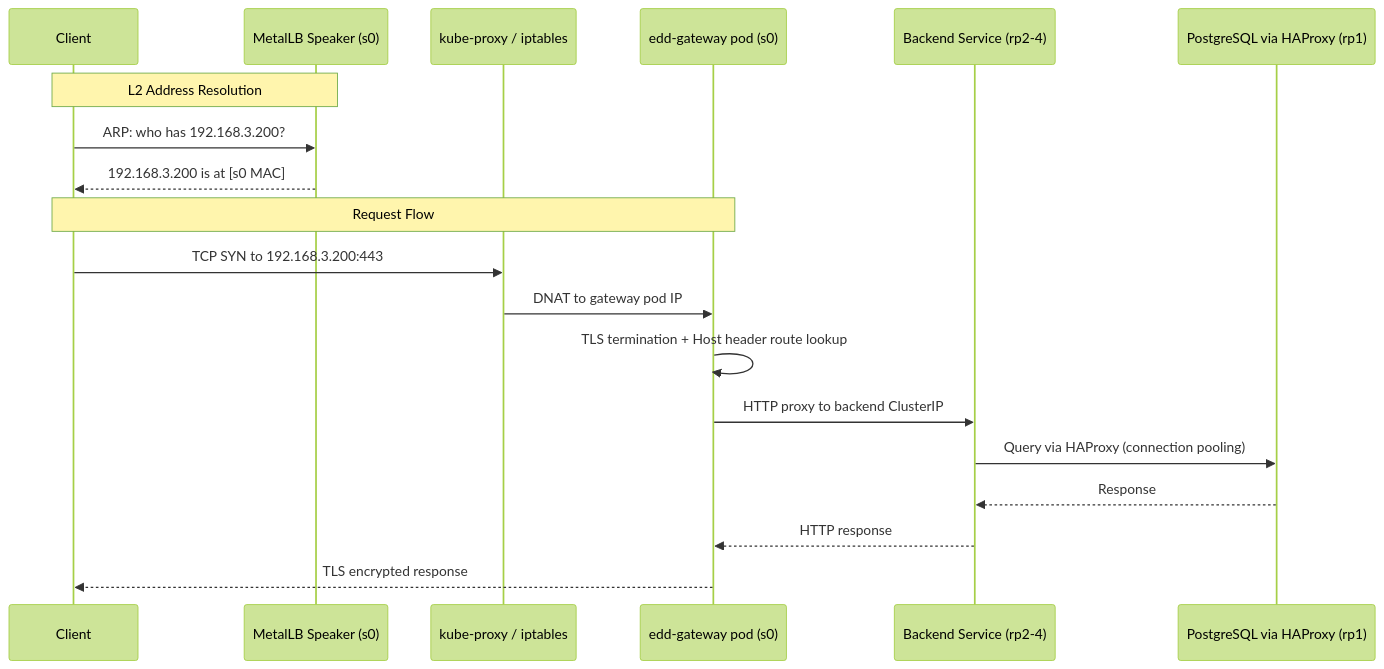
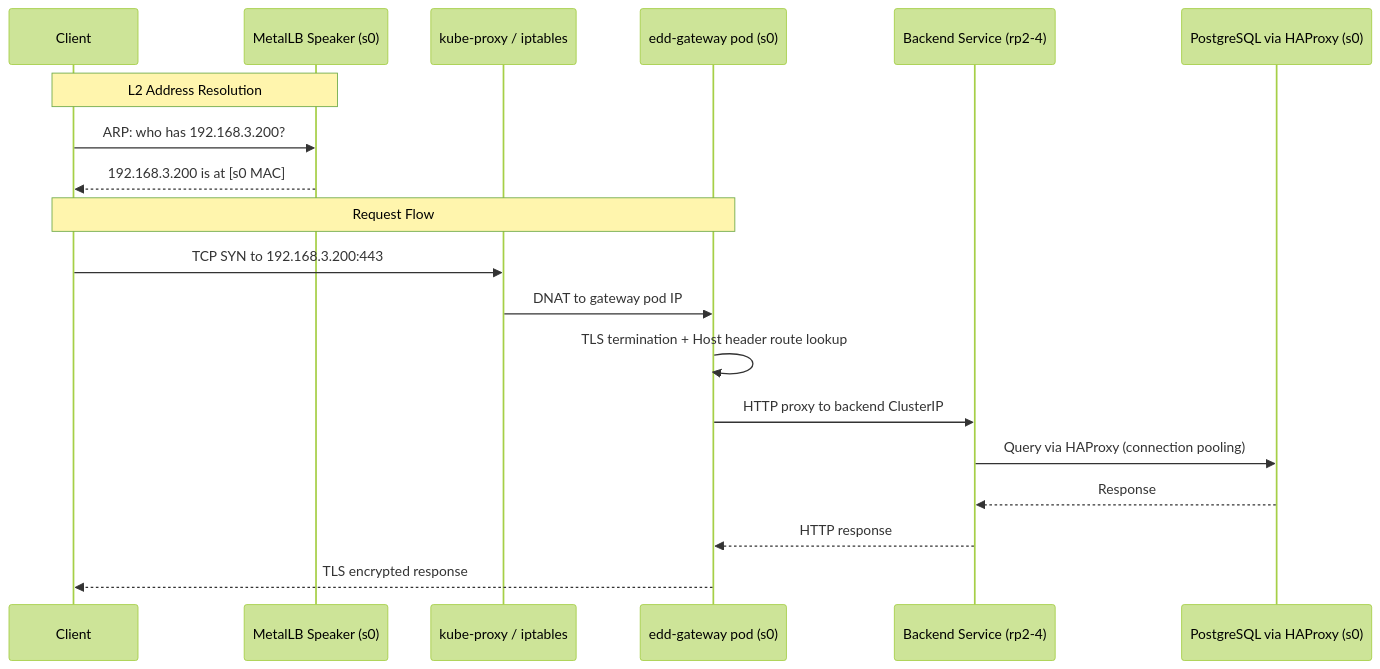
Before and after one commit to EddisonSo/cloud: the second of 2 diagrams in edd-cloud-docs/docs/infrastructure/networking.md, drawn with Mermaid (forest theme). The commit also changed other lines of this file and 4 other files, not shown here.

````diff
--- a/edd-cloud-docs/docs/infrastructure/networking.md
+++ b/edd-cloud-docs/docs/infrastructure/networking.md
@@ -258,23 +258,23 @@
 ```mermaid
 sequenceDiagram
     participant Client
     participant MetalLB as MetalLB Speaker (s0)
     participant KP as kube-proxy / iptables
     participant Gateway as edd-gateway pod (s0)
     participant Service as Backend Service (rp2-4)
-    participant DB as PostgreSQL via HAProxy (rp1)
+    participant DB as PostgreSQL via HAProxy (s0)
 
     Note over Client,MetalLB: L2 Address Resolution
     Client->>MetalLB: ARP: who has 192.168.3.200?
     MetalLB-->>Client: 192.168.3.200 is at [s0 MAC]
 
     Note over Client,Gateway: Request Flow
     Client->>KP: TCP SYN to 192.168.3.200:443
     KP->>Gateway: DNAT to gateway pod IP
     Gateway->>Gateway: TLS termination + Host header route lookup
     Gateway->>Service: HTTP proxy to backend ClusterIP
     Service->>DB: Query via HAProxy (connection pooling)
     DB-->>Service: Response
     Service-->>Gateway: HTTP response
     Gateway-->>Client: TLS encrypted response
 ```
````
